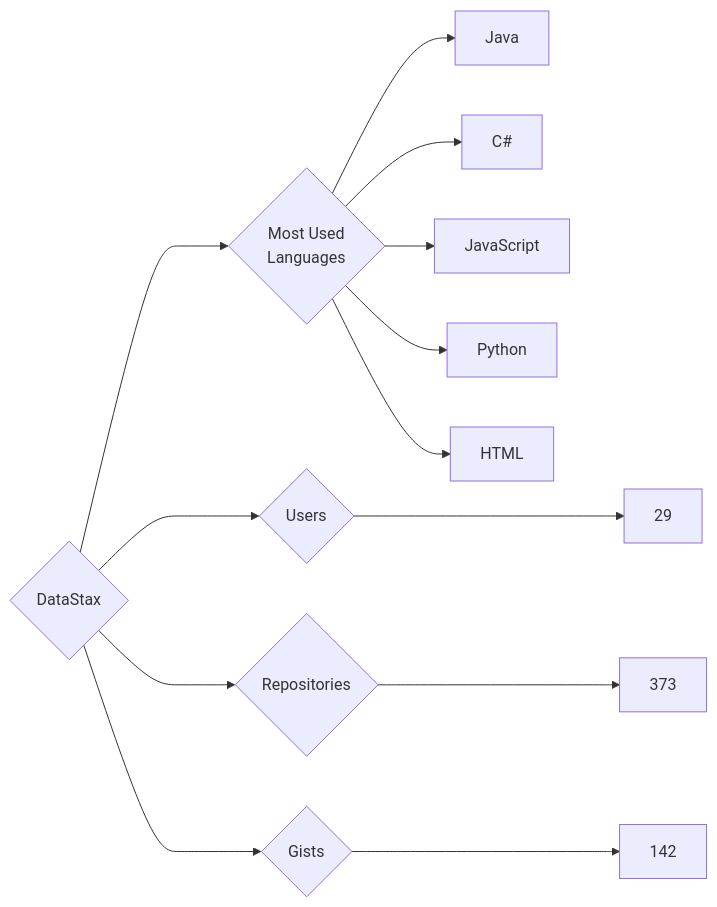
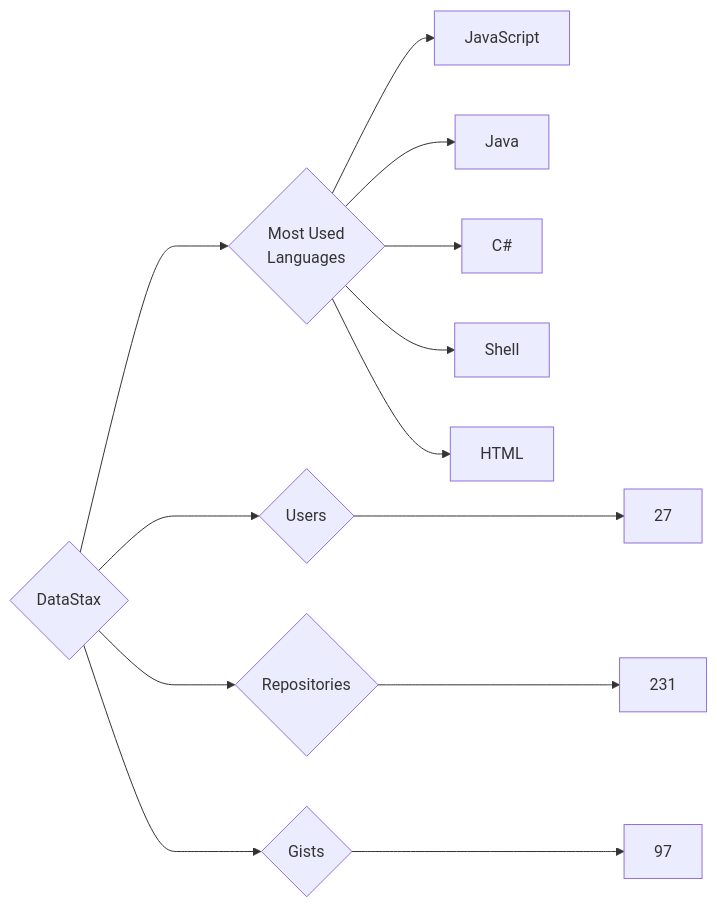
One commit to trickest/insiders changed the diagram in targets/DataStax/README.md. Above: the diagram before and after it, drawn with Mermaid. The commit also changed 736 other files, not shown here.

````diff
--- a/targets/DataStax/README.md
+++ b/targets/DataStax/README.md
@@ -3,13 +3,13 @@
 ```mermaid
 graph LR
 COMPANY_NAME{DataStax}
-COMPANY_NAME ---> U{Users} ---> UN[29]
-COMPANY_NAME ---> R{Repositories} ---> RN[373]
-COMPANY_NAME ---> G{Gists} ---> GN[142]
+COMPANY_NAME ---> U{Users} ---> UN[27]
+COMPANY_NAME ---> R{Repositories} ---> RN[231]
+COMPANY_NAME ---> G{Gists} ---> GN[97]
 COMPANY_NAME ---> ML{Most Used<br>Languages}
+ML --> JavaScript[JavaScript]
 ML --> Java[Java]
 ML --> C#[C#]
-ML --> JavaScript[JavaScript]
-ML --> Python[Python]
+ML --> Shell[Shell]
 ML --> HTML[HTML]
 ```
````
